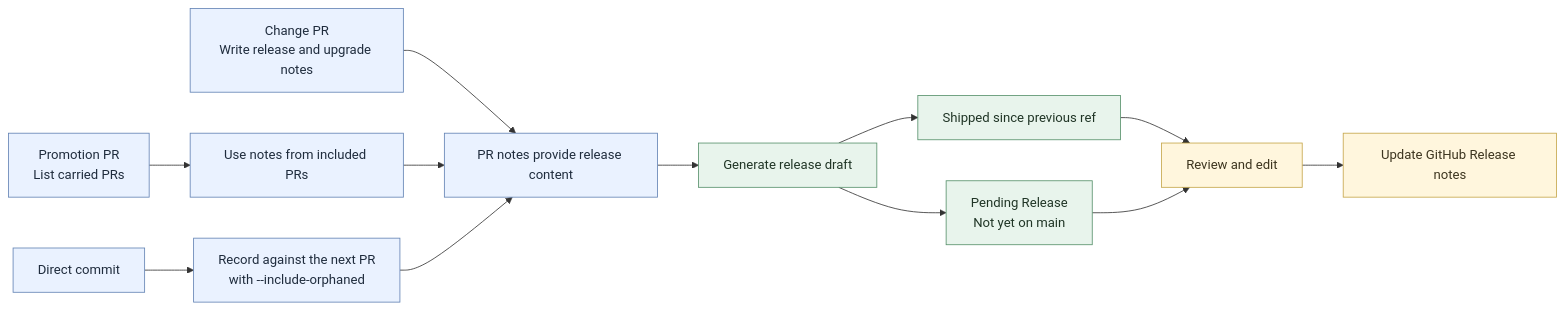
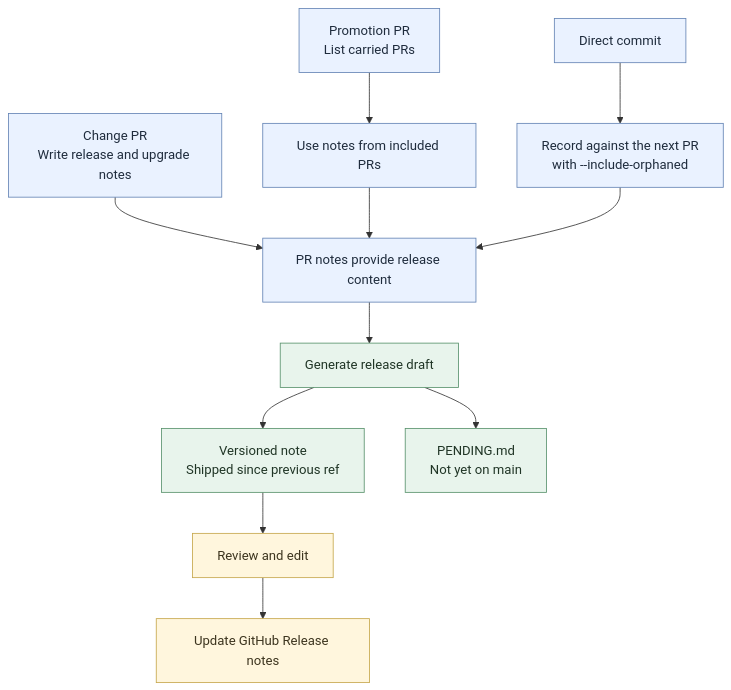
Before and after one commit to humlab-sead/sead_shape_shifter: the diagram in docs/whats-new/README.md, drawn with Mermaid. The commit also changed other lines of this file and 9 other files, not shown here.

Commit message:
feat(whats-new): display pending changes above release notes

````diff
--- a/docs/whats-new/README.md
+++ b/docs/whats-new/README.md
@@ -15,32 +15,31 @@
 ```mermaid
-flowchart LR
+flowchart TB
     change["Change PR<br/>Write release and upgrade notes"]
     promotion["Promotion PR<br/>List carried PRs"]
     included["Use notes from included PRs"]
     direct["Direct commit"]
     record["Record against the next PR<br/>with --include-orphaned"]
     notes["PR notes provide release content"]
     generate["Generate release draft"]
-    shipped["Shipped since previous ref"]
-    pending["Pending Release<br/>Not yet on main"]
+    shipped["Versioned note<br/>Shipped since previous ref"]
+    pending["PENDING.md<br/>Not yet on main"]
     review["Review and edit"]
     publish["Update GitHub Release notes"]
 
     change --> notes
     promotion --> included --> notes
     direct --> record --> notes
     notes --> generate
     generate --> shipped
+    shipped --> review
+    review --> publish
     generate --> pending
-    shipped --> review
-    pending --> review
-    review --> publish
 
     classDef author fill:#eaf2ff,stroke:#6383b4,color:#1f2c3d;
     classDef generated fill:#e8f4ec,stroke:#57916b,color:#203526;
     classDef reviewstep fill:#fff6dd,stroke:#c5a64a,color:#3d351f;
 
     class change,promotion,included,direct,record,notes author;
     class generate,shipped,pending generated;
     class review,publish reviewstep;
 ```
````
